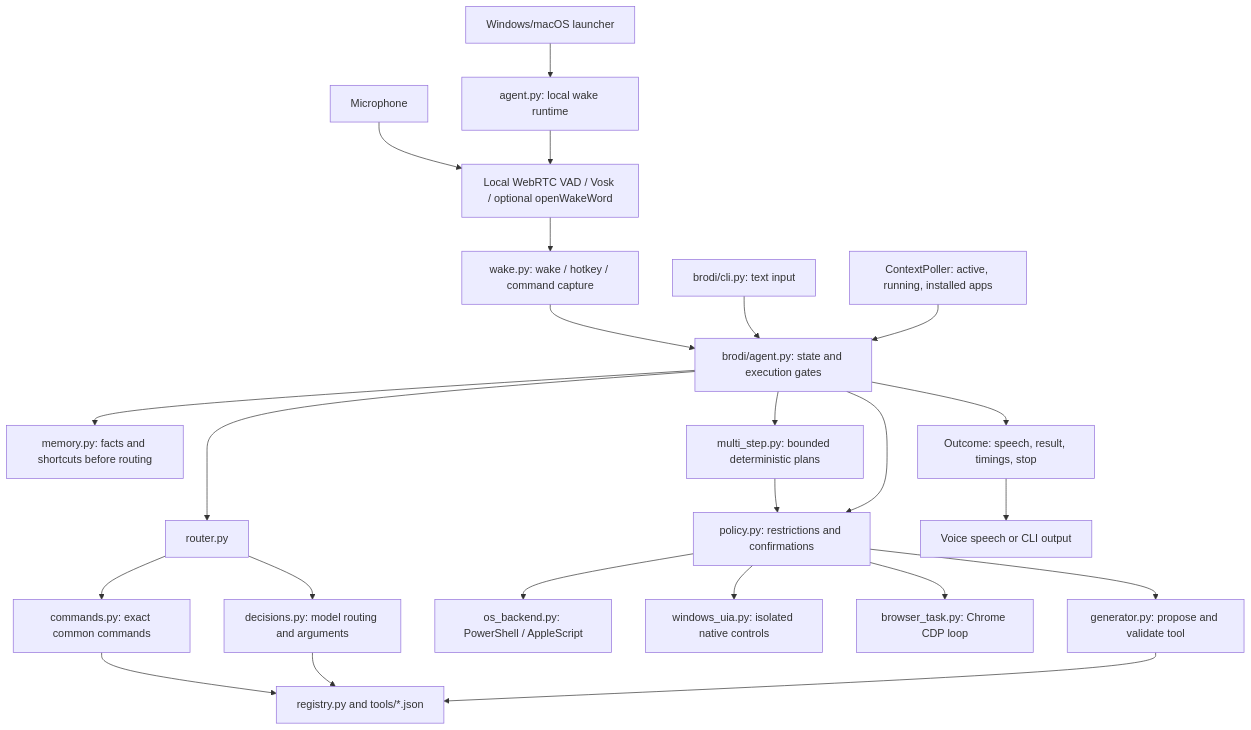
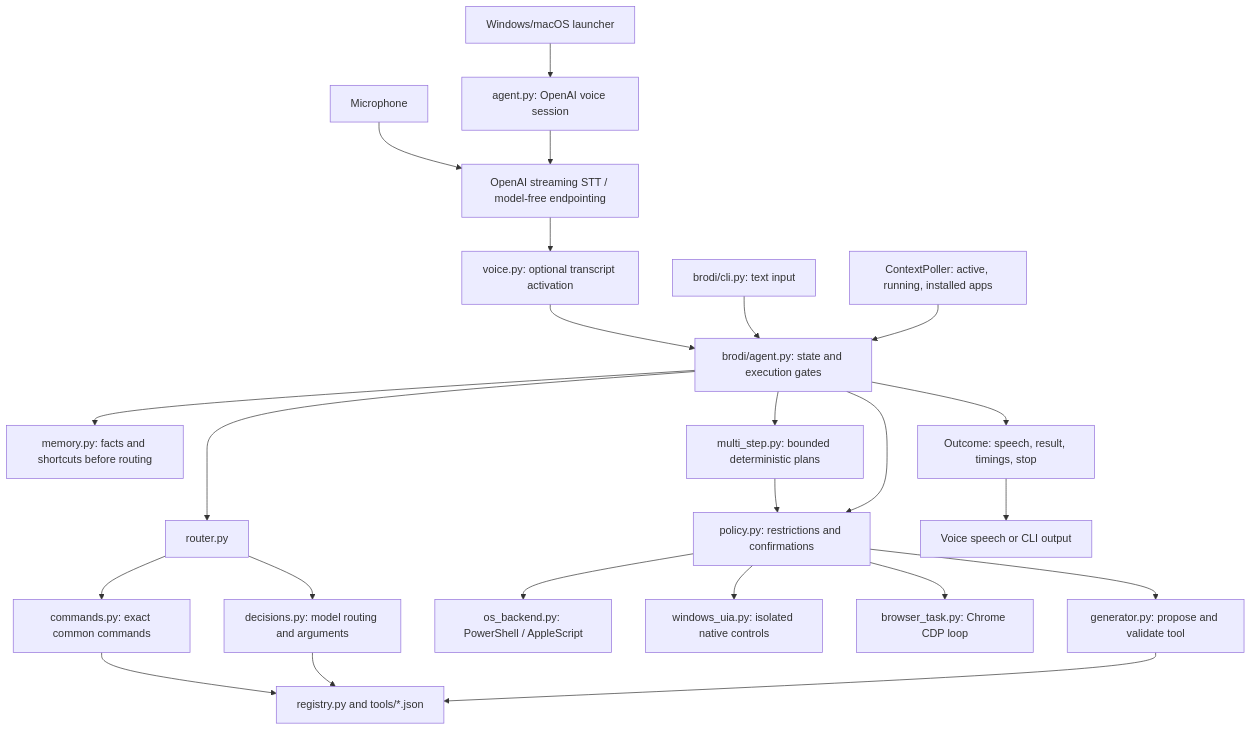
One commit to OmiChrome/Brodi changed the diagram in docs/ARCHITECTURE.md. Above: the diagram before and after it, drawn with Mermaid. The commit also changed other lines of this file and 42 other files, not shown here.

Commit message:
Update OpenAI voice, presentation tools, and hackathon README

````diff
--- a/docs/ARCHITECTURE.md
+++ b/docs/ARCHITECTURE.md
@@ -24,26 +27,26 @@
 ```mermaid
 flowchart TD
-    Start[Windows/macOS launcher] --> Voice[agent.py: local wake runtime]
-    Mic[Microphone] --> Transcript[Local WebRTC VAD / Vosk / optional openWakeWord]
+    Start[Windows/macOS launcher] --> Voice[agent.py: OpenAI voice session]
+    Mic[Microphone] --> Transcript[OpenAI streaming STT / model-free endpointing]
     Voice --> Transcript
-    Transcript --> Gate[wake.py: wake / hotkey / command capture]
+    Transcript --> Gate[voice.py: optional transcript activation]
     Gate --> Core[brodi/agent.py: state and execution gates]
     CLI[brodi/cli.py: text input] --> Core
     Context[ContextPoller: active, running, installed apps] --> Core
     Core --> Memory[memory.py: facts and shortcuts before routing]
     Core --> Plans[multi_step.py: bounded deterministic plans]
     Plans --> Policy
     Core --> Router[router.py]
     Router --> Local[commands.py: exact common commands]
     Router --> Decisions[decisions.py: model routing and arguments]
     Local --> Registry[registry.py and tools/*.json]
     Decisions --> Registry
     Core --> Policy[policy.py: restrictions and confirmations]
     Policy --> OS[os_backend.py: PowerShell / AppleScript]
     Policy --> UIA[windows_uia.py: isolated native controls]
     Policy --> Browser[browser_task.py: Chrome CDP loop]
     Policy --> Learn[generator.py: propose and validate tool]
     Learn --> Registry
     Core --> Outcome[Outcome: speech, result, timings, stop]
     Outcome --> Reply[Voice speech or CLI output]
 ```
````
